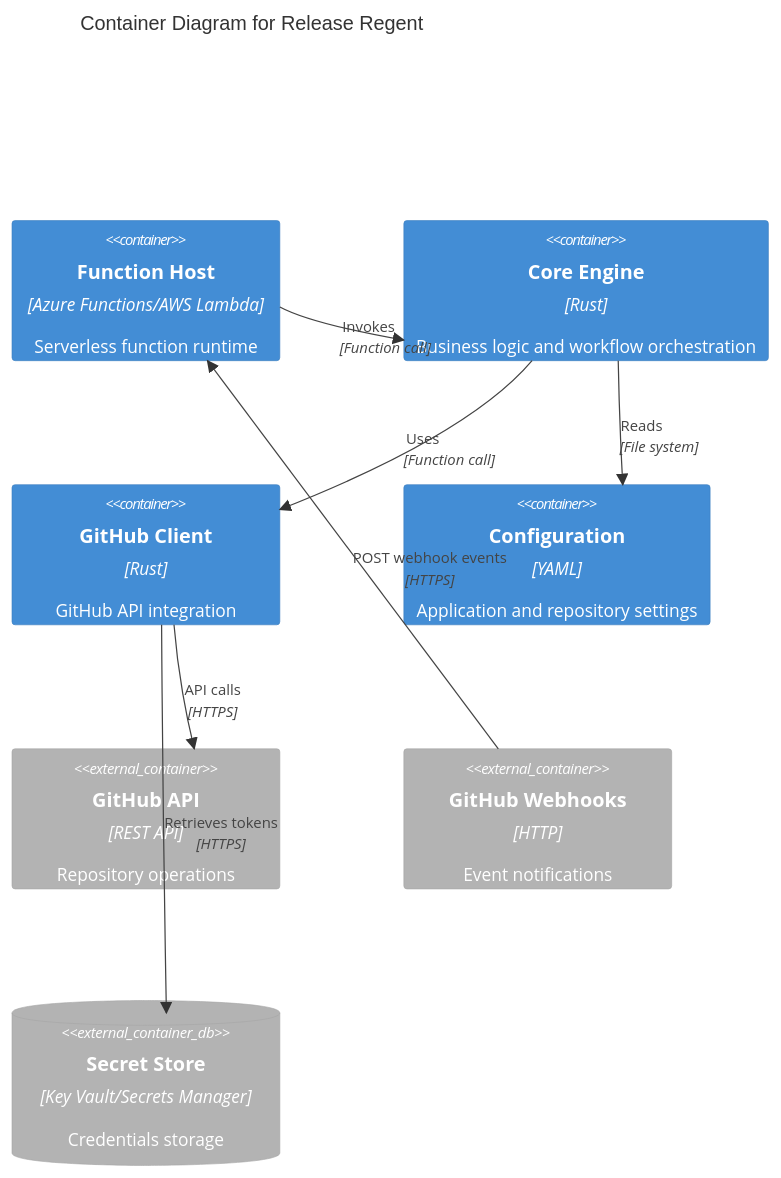
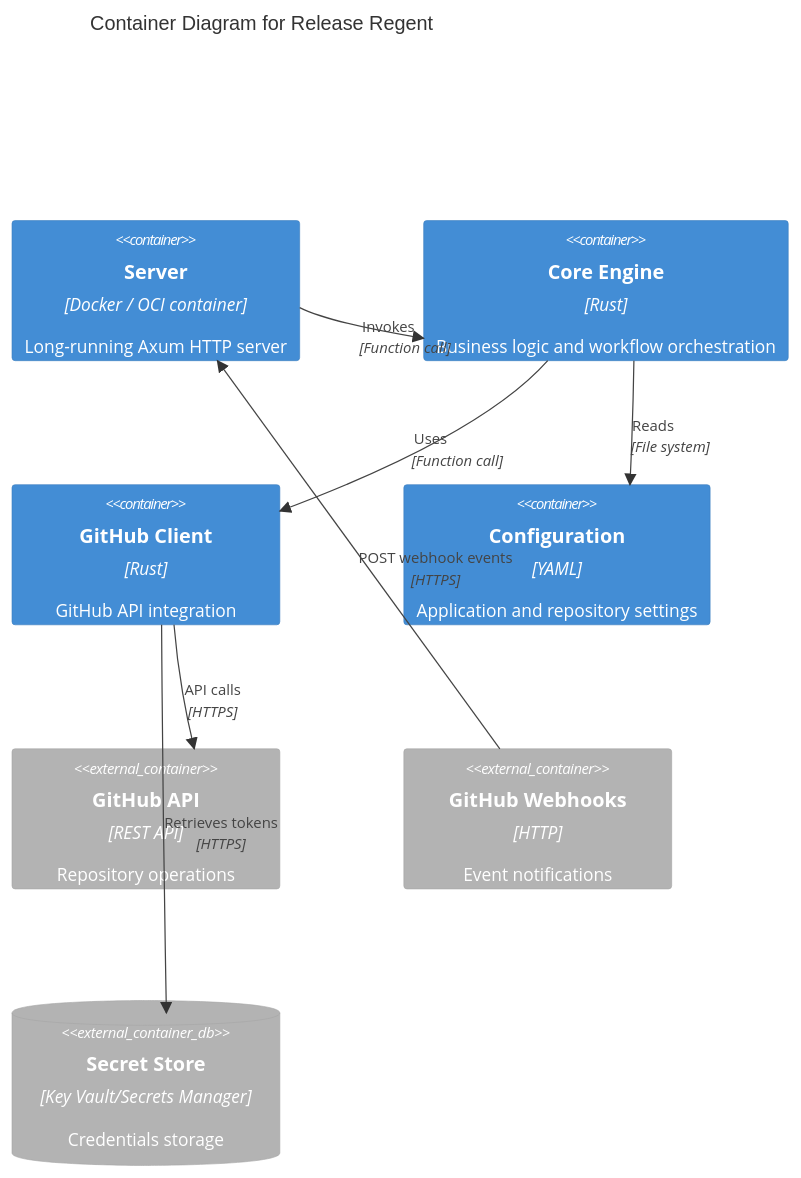
The second of 9 diagrams in docs/specs/architecture/overview.md (pvandervelde/release_regent), drawn with Mermaid before and after one commit. The commit also changed other lines of this file and 1 other file, not shown here.

First line of the commit message:
docs: record container deployment model in ADR-002 and update arch spec

````diff
--- a/docs/specs/architecture/overview.md
+++ b/docs/specs/architecture/overview.md
@@ -38,20 +44,20 @@
 ```mermaid
 C4Container
     title Container Diagram for Release Regent
 
-    Container(function, "Function Host", "Azure Functions/AWS Lambda", "Serverless function runtime")
+    Container(function, "Server", "Docker / OCI container", "Long-running Axum HTTP server")
     Container(core, "Core Engine", "Rust", "Business logic and workflow orchestration")
     Container(github_client, "GitHub Client", "Rust", "GitHub API integration")
     Container(config, "Configuration", "YAML", "Application and repository settings")
 
     Container_Ext(github_api, "GitHub API", "REST API", "Repository operations")
     Container_Ext(github_webhooks, "GitHub Webhooks", "HTTP", "Event notifications")
     ContainerDb_Ext(secrets, "Secret Store", "Key Vault/Secrets Manager", "Credentials storage")
 
     Rel(github_webhooks, function, "POST webhook events", "HTTPS")
     Rel(function, core, "Invokes", "Function call")
     Rel(core, github_client, "Uses", "Function call")
     Rel(github_client, github_api, "API calls", "HTTPS")
     Rel(core, config, "Reads", "File system")
     Rel(github_client, secrets, "Retrieves tokens", "HTTPS")
 ```
````
